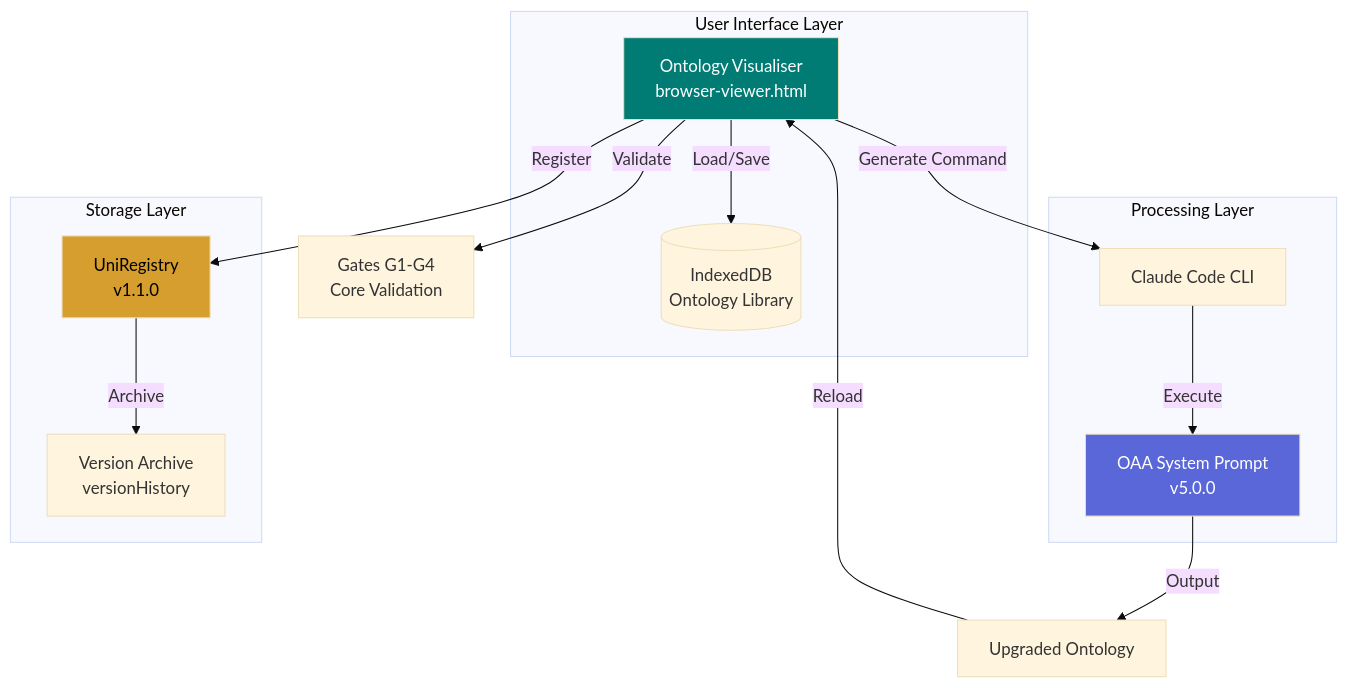
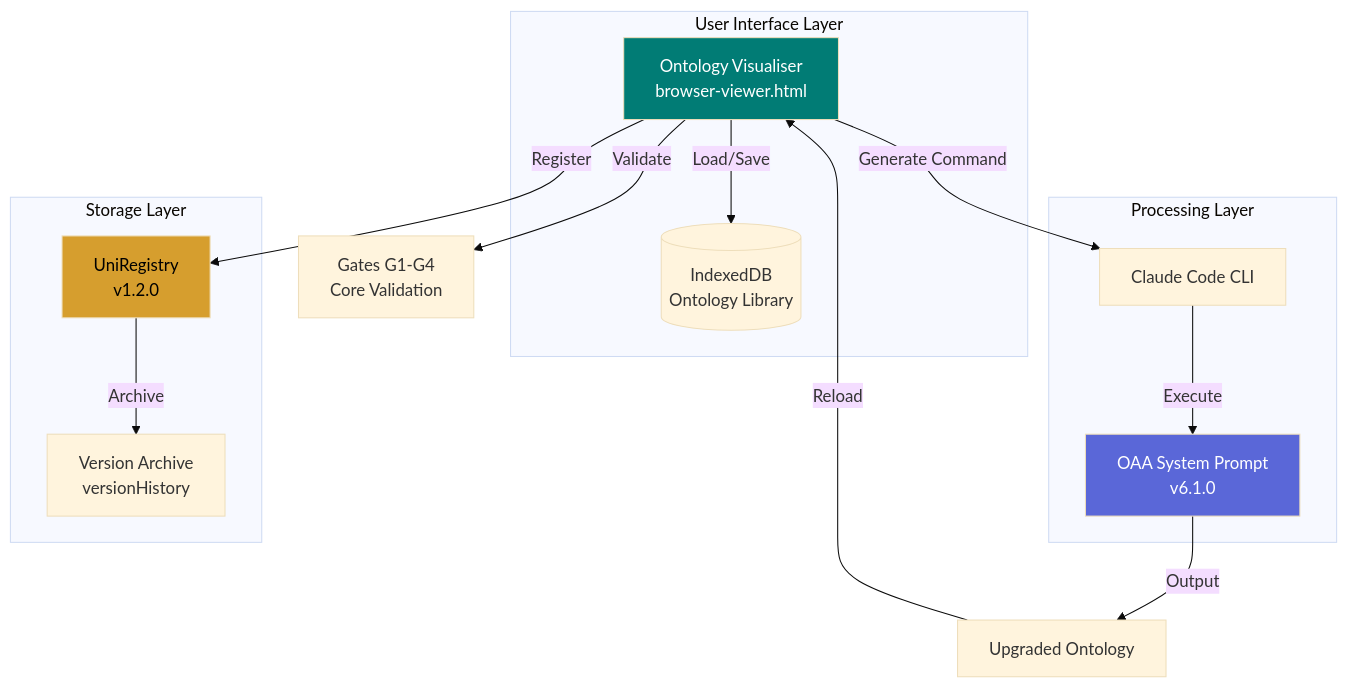
Before and after one commit to ajrmooreuk/Azlan-EA-AAA: the first of 4 diagrams in PBS/TOOLS/ontology-visualiser/OAA-WORKBENCH-GUIDE.md, drawn with Mermaid (base theme). The commit also changed other lines of this file and 4 other files, not shown here.

````diff
--- a/PBS/TOOLS/ontology-visualiser/OAA-WORKBENCH-GUIDE.md
+++ b/PBS/TOOLS/ontology-visualiser/OAA-WORKBENCH-GUIDE.md
@@ -25,30 +25,30 @@
 ```mermaid
 graph TB
     subgraph "User Interface Layer"
         VIS[Ontology Visualiser<br/>browser-viewer.html]
         LIB[(IndexedDB<br/>Ontology Library)]
     end
 
     subgraph "Processing Layer"
         CLI[Claude Code CLI]
-        OAA[OAA System Prompt<br/>v5.0.0]
+        OAA[OAA System Prompt<br/>v6.1.0]
     end
 
     subgraph "Storage Layer"
-        REG[UniRegistry<br/>v1.1.0]
+        REG[UniRegistry<br/>v1.2.0]
         ARCH[Version Archive<br/>versionHistory]
     end
 
     VIS -->|Load/Save| LIB
     VIS -->|Validate| G1G4[Gates G1-G4<br/>Core Validation]
     VIS -->|Generate Command| CLI
     CLI -->|Execute| OAA
     OAA -->|Output| JSON[Upgraded Ontology]
     JSON -->|Reload| VIS
     VIS -->|Register| REG
     REG -->|Archive| ARCH
 
     style VIS fill:#017c75,color:#fff
     style OAA fill:#5a67d8,color:#fff
     style REG fill:#d69e2e,color:#000
 ```
````
